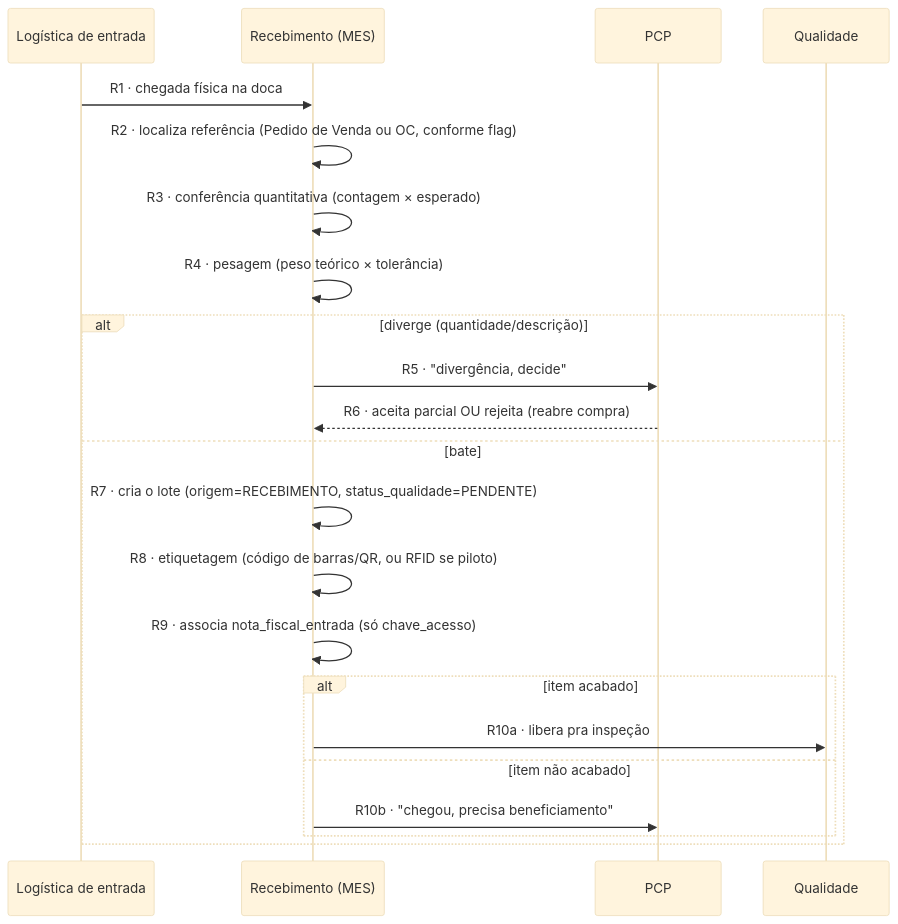
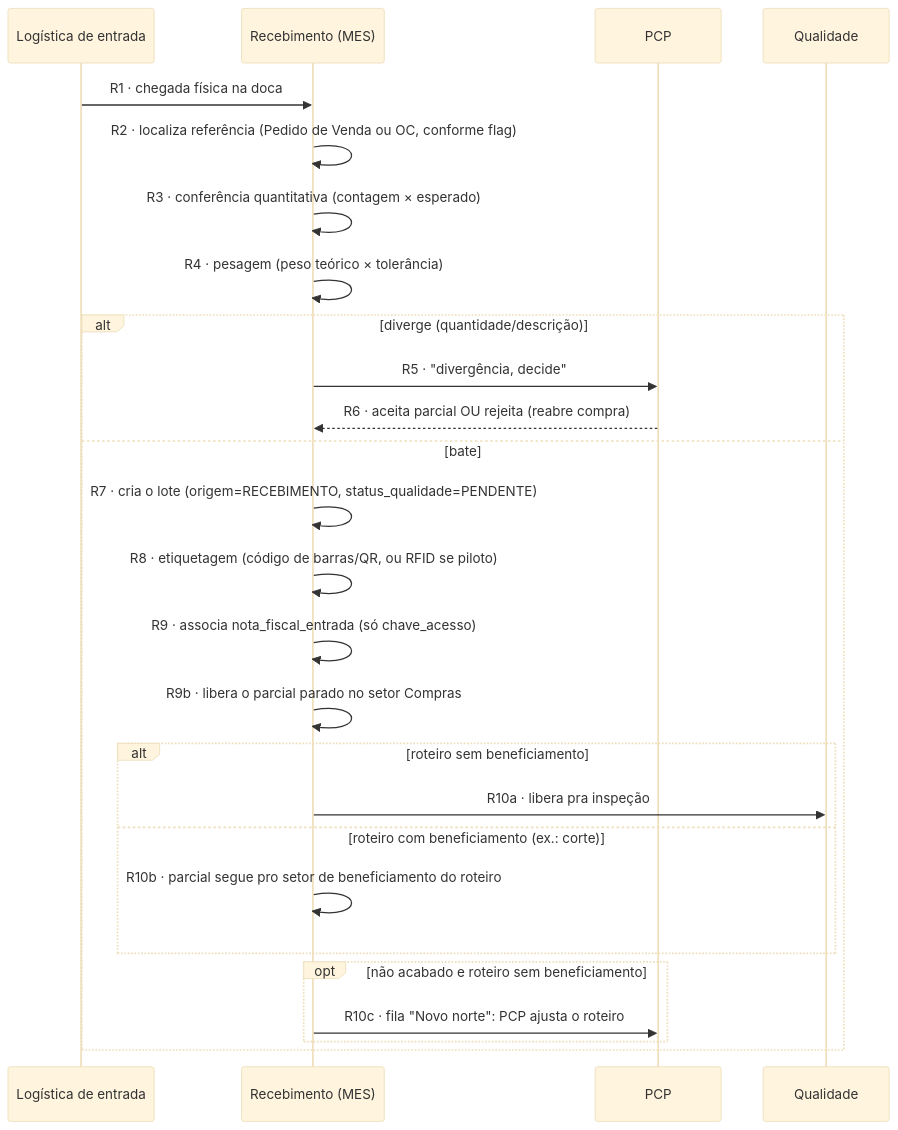
Before and after one commit to Acosvital/vault-avhub-mer: the diagram in 02-PRD-Estoque/Fluxo-Recebimento-Completo.md, drawn with Mermaid (base theme). The commit also changed other lines of this file and 36 other files, not shown here.

````diff
--- a/02-PRD-Estoque/Fluxo-Recebimento-Completo.md
+++ b/02-PRD-Estoque/Fluxo-Recebimento-Completo.md
@@ -24,25 +26,29 @@
 ```mermaid
 sequenceDiagram
     participant LogEnt as Logística de entrada
     participant Receb as Recebimento (MES)
     participant PCP
     participant Qual as Qualidade
 
     LogEnt->>Receb: R1 · chegada física na doca
     Receb->>Receb: R2 · localiza referência (Pedido de Venda ou OC, conforme flag)
     Receb->>Receb: R3 · conferência quantitativa (contagem × esperado)
     Receb->>Receb: R4 · pesagem (peso teórico × tolerância)
     alt diverge (quantidade/descrição)
         Receb->>PCP: R5 · "divergência, decide"
         PCP-->>Receb: R6 · aceita parcial OU rejeita (reabre compra)
     else bate
         Receb->>Receb: R7 · cria o lote (origem=RECEBIMENTO, status_qualidade=PENDENTE)
         Receb->>Receb: R8 · etiquetagem (código de barras/QR, ou RFID se piloto)
         Receb->>Receb: R9 · associa nota_fiscal_entrada (só chave_acesso)
-        alt item acabado
+        Receb->>Receb: R9b · libera o parcial parado no setor Compras
+        alt roteiro sem beneficiamento
             Receb->>Qual: R10a · libera pra inspeção
-        else item não acabado
-            Receb->>PCP: R10b · "chegou, precisa beneficiamento"
+        else roteiro com beneficiamento (ex.: corte)
+            Receb->>Receb: R10b · parcial segue pro setor de beneficiamento do roteiro
+        end
+        opt não acabado e roteiro sem beneficiamento
+            Receb->>PCP: R10c · fila "Novo norte": PCP ajusta o roteiro
         end
     end
 ```
````
